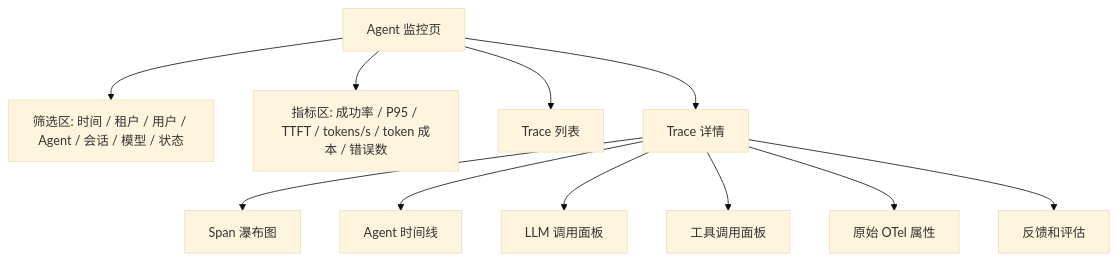
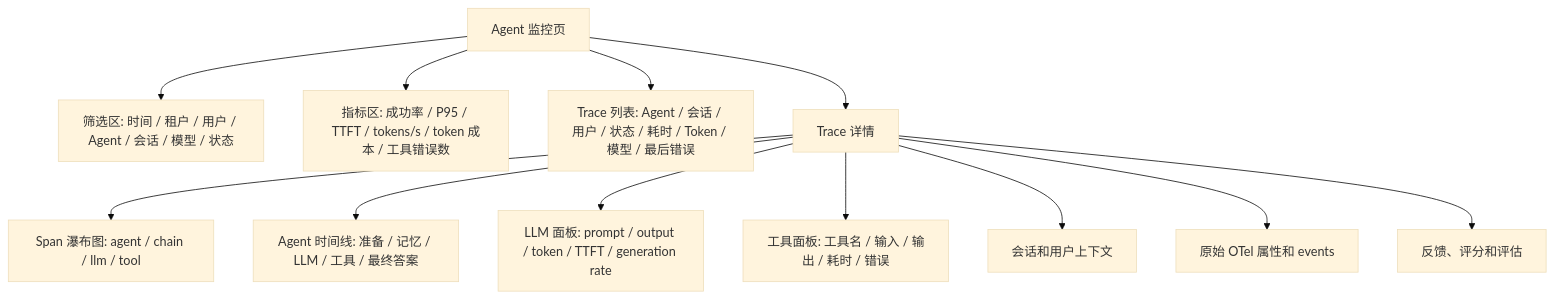
One commit to ModelEngine-Group/nexent changed the third of 3 diagrams in doc/docs/zh/sdk/opentelemetry-design.md. Above: the diagram before and after it, drawn with Mermaid (base theme). The commit also changed other lines of this file and 24 other files, not shown here.

````diff
--- a/doc/docs/zh/sdk/opentelemetry-design.md
+++ b/doc/docs/zh/sdk/opentelemetry-design.md
@@ -274,13 +390,14 @@
 ```mermaid
 flowchart TB
   Page[Agent 监控页] --> Filters[筛选区: 时间 / 租户 / 用户 / Agent / 会话 / 模型 / 状态]
-  Page --> KPIs[指标区: 成功率 / P95 / TTFT / tokens/s / token 成本 / 错误数]
-  Page --> List[Trace 列表]
+  Page --> KPIs[指标区: 成功率 / P95 / TTFT / tokens/s / token 成本 / 工具错误数]
+  Page --> TraceList[Trace 列表: Agent / 会话 / 用户 / 状态 / 耗时 / Token / 模型 / 最后错误]
   Page --> Detail[Trace 详情]
-  Detail --> Waterfall[Span 瀑布图]
-  Detail --> Timeline[Agent 时间线]
-  Detail --> LLM[LLM 调用面板]
-  Detail --> Tool[工具调用面板]
-  Detail --> Raw[原始 OTel 属性]
-  Detail --> Eval[反馈和评估]
+  Detail --> Waterfall[Span 瀑布图: agent / chain / llm / tool]
+  Detail --> Timeline[Agent 时间线: 准备 / 记忆 / LLM / 工具 / 最终答案]
+  Detail --> LLMPanel[LLM 面板: prompt / output / token / TTFT / generation rate]
+  Detail --> ToolPanel[工具面板: 工具名 / 输入 / 输出 / 耗时 / 错误]
+  Detail --> Session[会话和用户上下文]
+  Detail --> Raw[原始 OTel 属性和 events]
+  Detail --> Eval[反馈、评分和评估]
 ```
````
